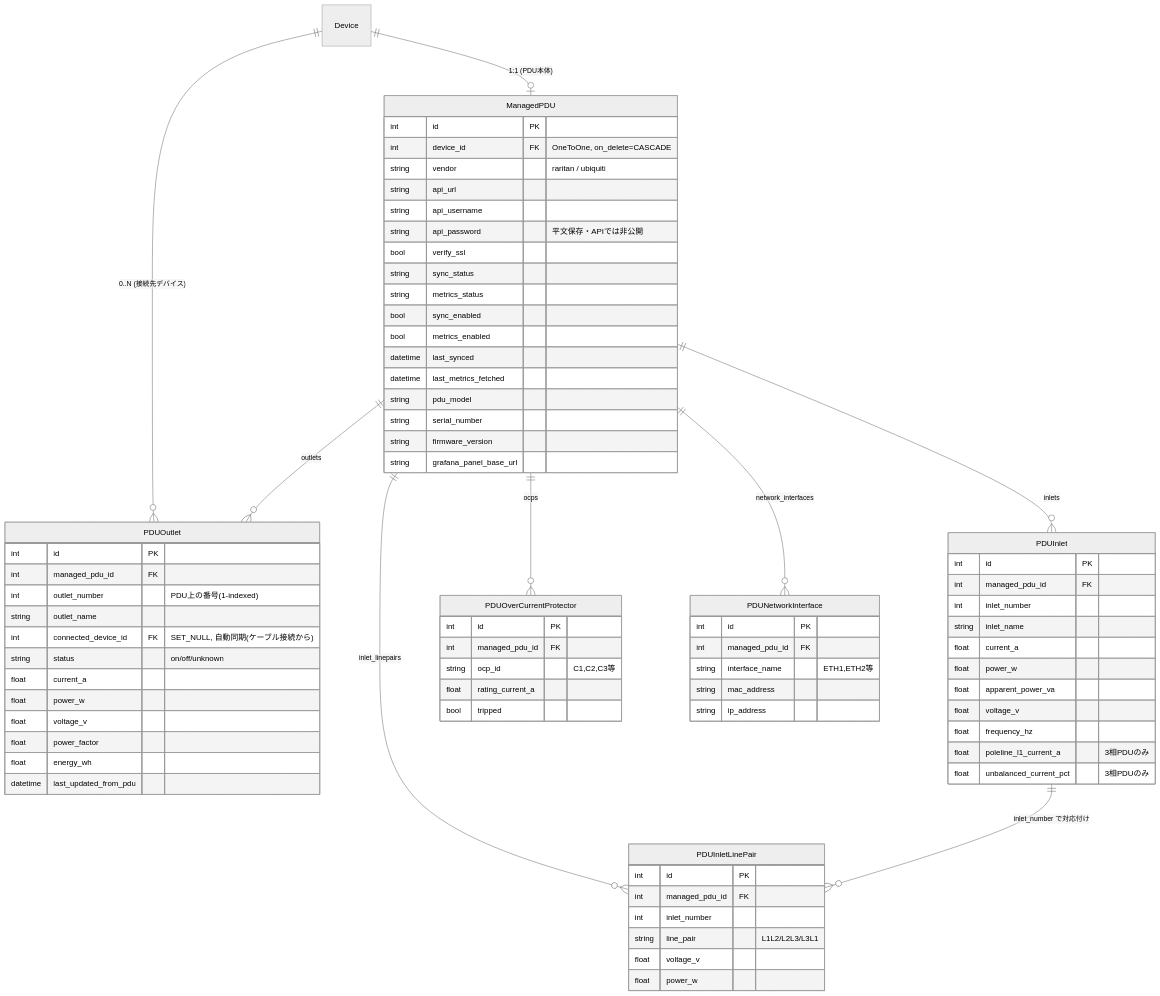
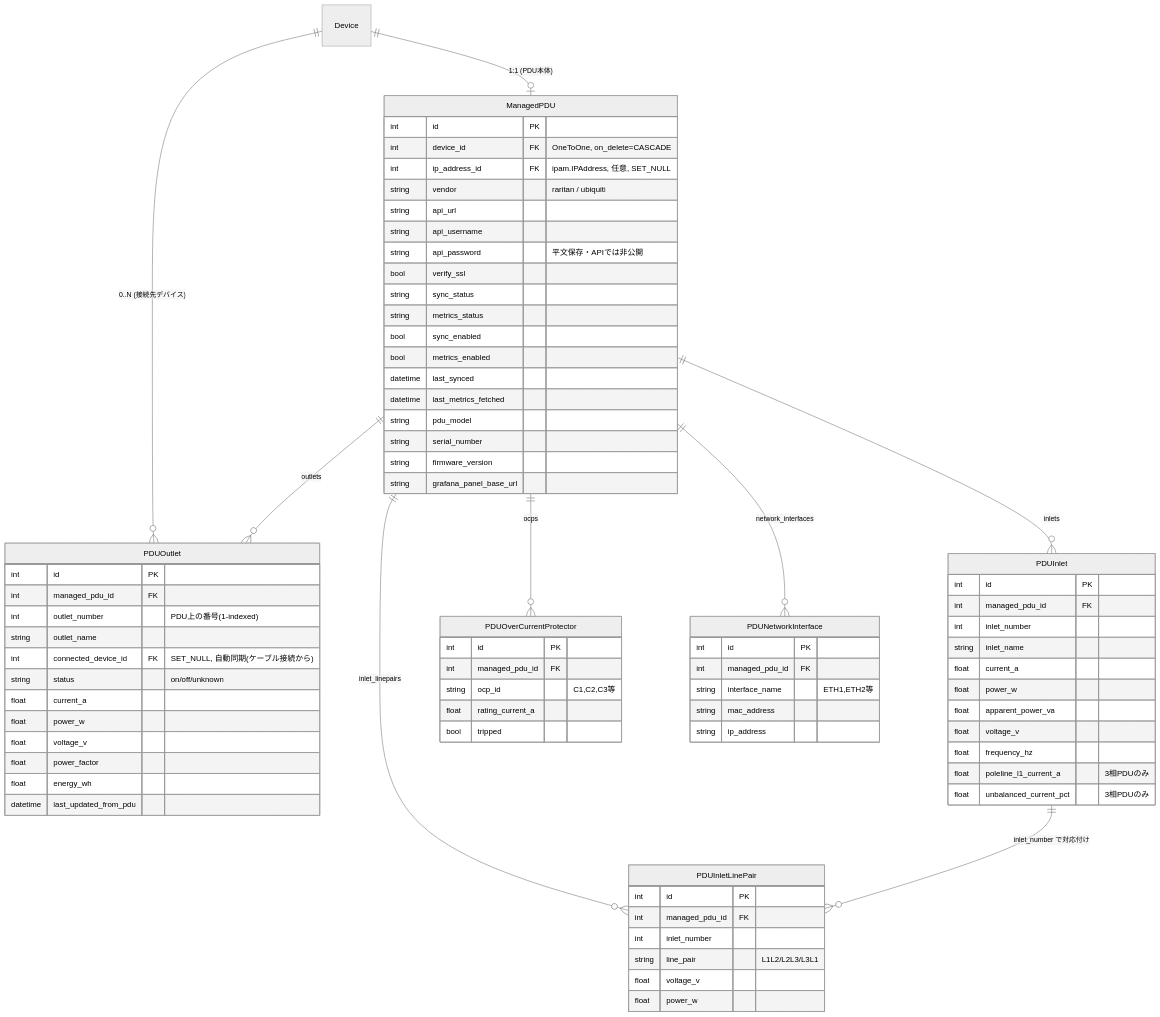
Before and after one commit to tak-labo/netbox-pdu-control: the second of 8 diagrams in docs/design.md, drawn with Mermaid (neutral theme). The commit also changed other lines of this file and 14 other files, not shown here.

```diff
--- a/docs/design.md
+++ b/docs/design.md
@@ -85,6 +85,7 @@
     ManagedPDU {
         int id PK
         int device_id FK "OneToOne, on_delete=CASCADE"
+        int ip_address_id FK "ipam.IPAddress, 任意, SET_NULL"
         string vendor "raritan / ubiquiti"
         string api_url
         string api_username
```
